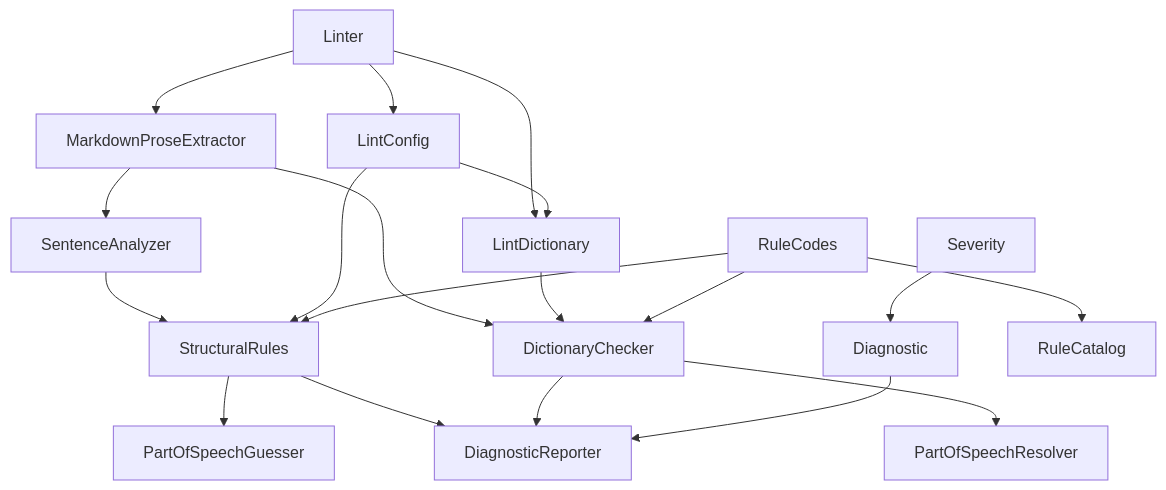
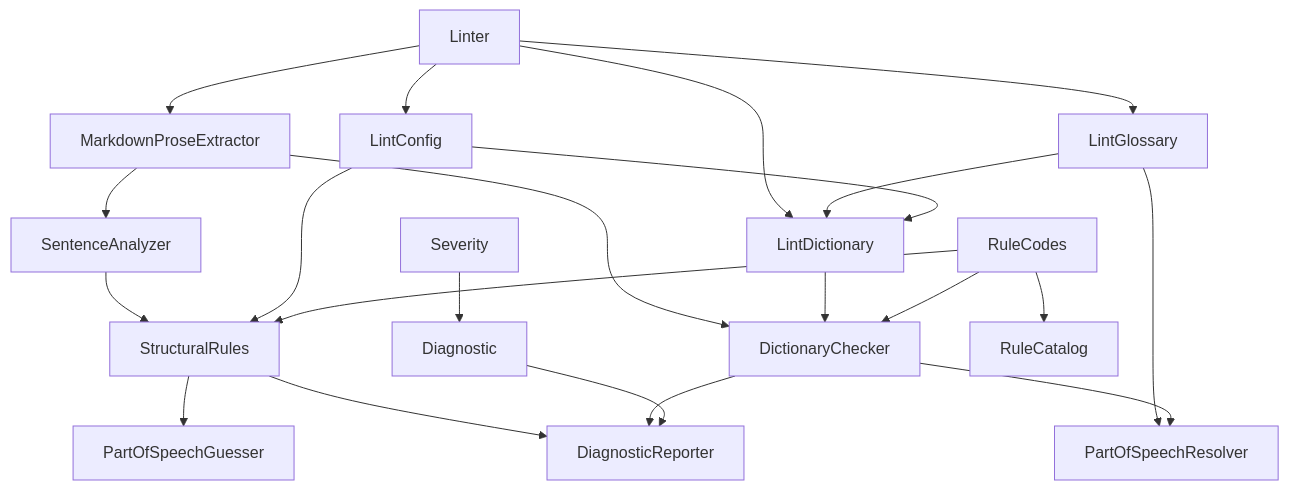
Before and after one commit to demaconsulting/Ste100Mark: the diagram in docs/design/ste100-mark/linting.md, drawn with Mermaid. The commit also changed other lines of this file and 33 other files, not shown here.

````diff
--- a/docs/design/ste100-mark/linting.md
+++ b/docs/design/ste100-mark/linting.md
@@ -115,21 +117,24 @@
 ```mermaid
 flowchart TD
     Linter --> LintConfig
     Linter --> LintDictionary
+    Linter --> LintGlossary
+    LintGlossary --> LintDictionary
+    LintGlossary --> PartOfSpeechResolver
     Linter --> MarkdownProseExtractor
     MarkdownProseExtractor --> SentenceAnalyzer
     MarkdownProseExtractor --> DictionaryChecker
     SentenceAnalyzer --> StructuralRules
     LintConfig --> StructuralRules
     LintConfig --> LintDictionary
     LintDictionary --> DictionaryChecker
     DictionaryChecker --> PartOfSpeechResolver
     StructuralRules --> PartOfSpeechGuesser
     StructuralRules --> DiagnosticReporter
     DictionaryChecker --> DiagnosticReporter
     Severity --> Diagnostic
     Diagnostic --> DiagnosticReporter
     RuleCodes --> RuleCatalog
     RuleCodes --> StructuralRules
     RuleCodes --> DictionaryChecker
 ```
````
